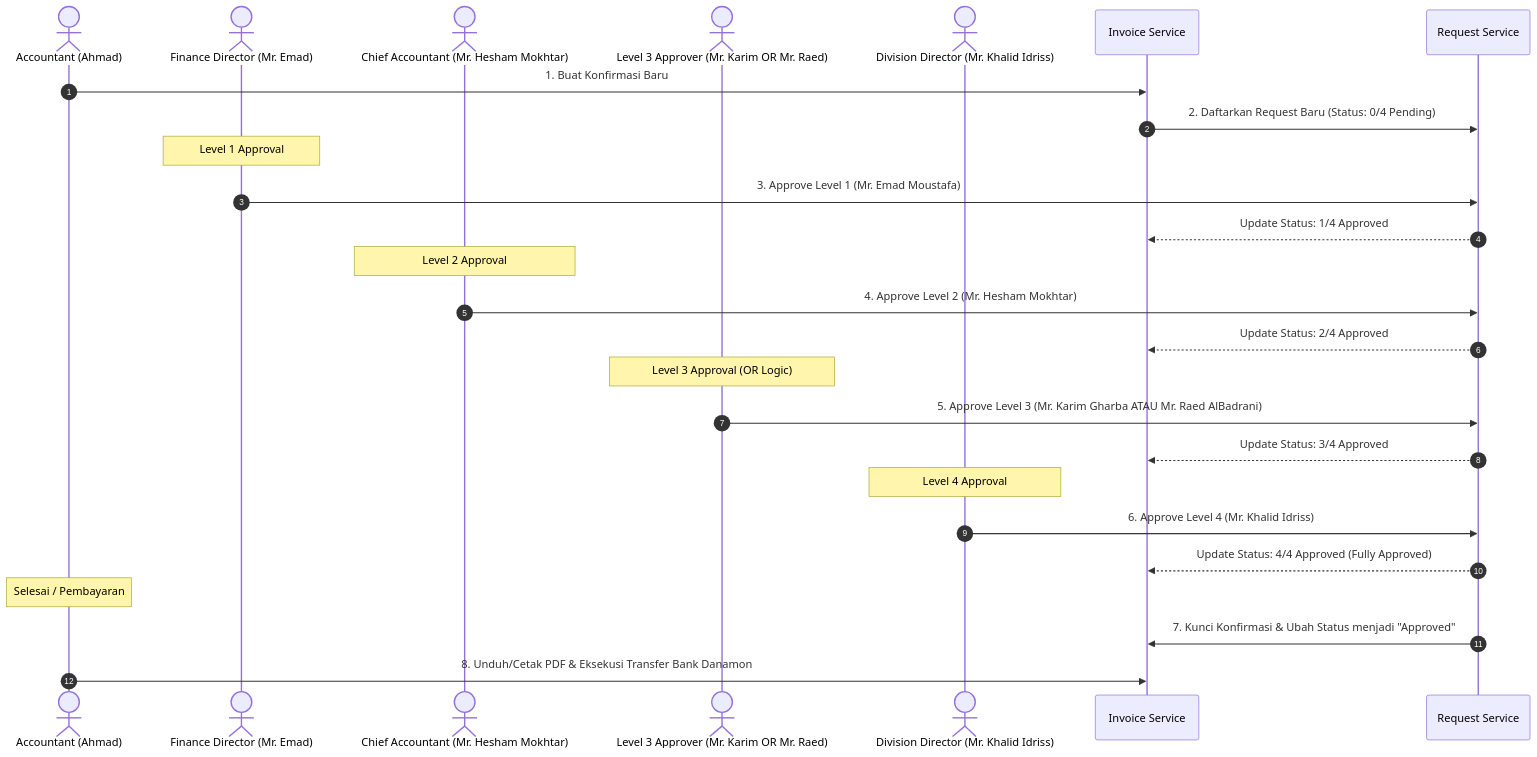
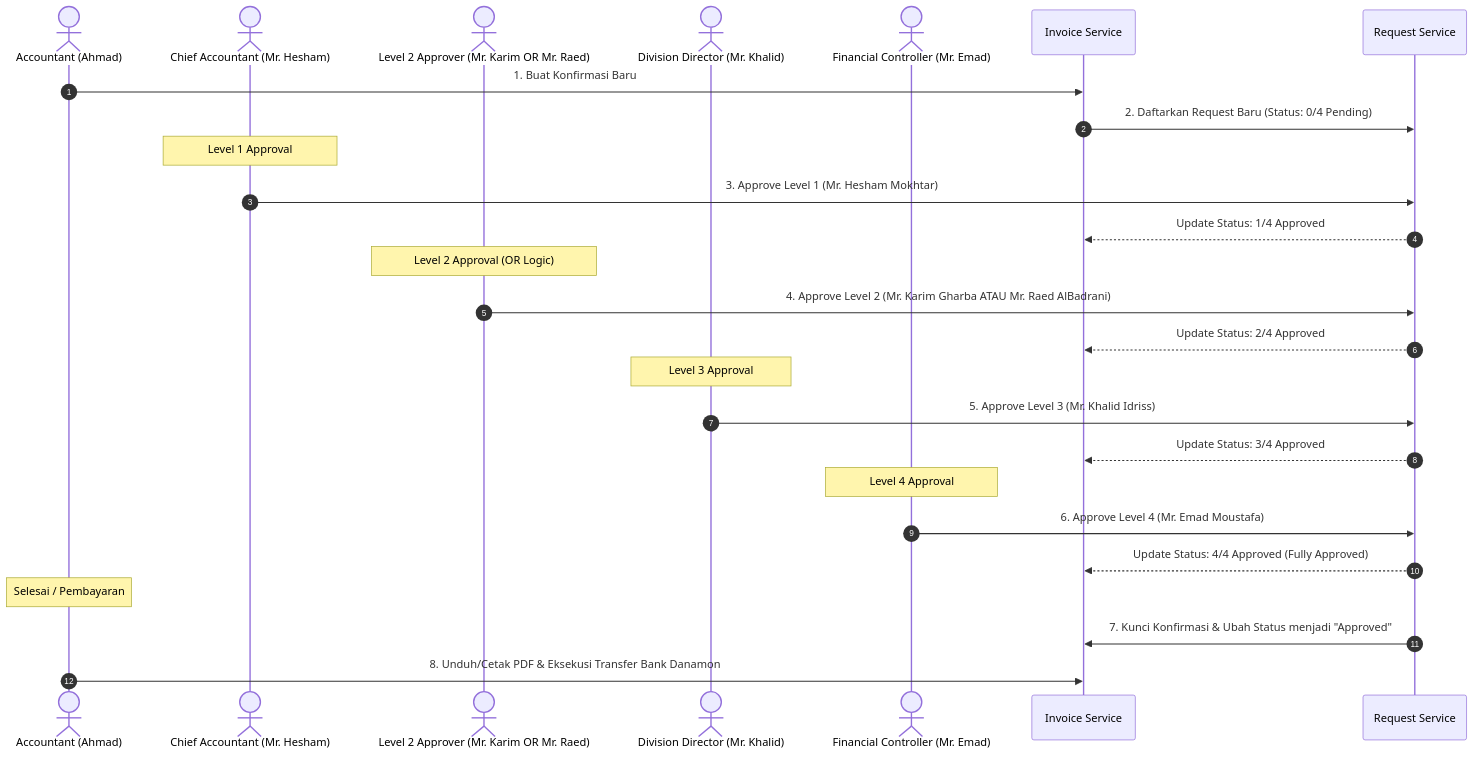
One commit to dimasalvarizk/finance-system changed the second of 2 diagrams in README.md. Above: the diagram before and after it, drawn with Mermaid. The commit also changed other lines of this file and 35 other files, not shown here.

Commit message:
feat: implement hotel reservation service, hb management, and fix level 3 approval bug

````diff
--- a/README.md
+++ b/README.md
@@ -104,32 +105,32 @@
 ```mermaid
 sequenceDiagram
     autonumber
     actor Accountant as Accountant (Ahmad)
-    actor FD as Finance Director (Mr. Emad)
-    actor CA as Chief Accountant (Mr. Hesham Mokhtar)
-    actor L3 as Level 3 Approver (Mr. Karim OR Mr. Raed)
-    actor DD as Division Director (Mr. Khalid Idriss)
+    actor CA as Chief Accountant (Mr. Hesham)
+    actor L2 as Level 2 Approver (Mr. Karim OR Mr. Raed)
+    actor DD as Division Director (Mr. Khalid)
+    actor FC as Financial Controller (Mr. Emad)
 
     Accountant->>Invoice Service: 1. Buat Konfirmasi Baru
     Invoice Service->>Request Service: 2. Daftarkan Request Baru (Status: 0/4 Pending)
     
-    Note over FD: Level 1 Approval
-    FD->>Request Service: 3. Approve Level 1 (Mr. Emad Moustafa)
+    Note over CA: Level 1 Approval
+    CA->>Request Service: 3. Approve Level 1 (Mr. Hesham Mokhtar)
     Request Service-->>Invoice Service: Update Status: 1/4 Approved
 
-    Note over CA: Level 2 Approval
-    CA->>Request Service: 4. Approve Level 2 (Mr. Hesham Mokhtar)
+    Note over L2: Level 2 Approval (OR Logic)
+    L2->>Request Service: 4. Approve Level 2 (Mr. Karim Gharba ATAU Mr. Raed AlBadrani)
     Request Service-->>Invoice Service: Update Status: 2/4 Approved
 
-    Note over L3: Level 3 Approval (OR Logic)
-    L3->>Request Service: 5. Approve Level 3 (Mr. Karim Gharba ATAU Mr. Raed AlBadrani)
+    Note over DD: Level 3 Approval
+    DD->>Request Service: 5. Approve Level 3 (Mr. Khalid Idriss)
     Request Service-->>Invoice Service: Update Status: 3/4 Approved
 
-    Note over DD: Level 4 Approval
-    DD->>Request Service: 6. Approve Level 4 (Mr. Khalid Idriss)
+    Note over FC: Level 4 Approval
+    FC->>Request Service: 6. Approve Level 4 (Mr. Emad Moustafa)
     Request Service-->>Invoice Service: Update Status: 4/4 Approved (Fully Approved)
     
     Note over Accountant: Selesai / Pembayaran
     Request Service->>Invoice Service: 7. Kunci Konfirmasi & Ubah Status menjadi "Approved"
     Accountant->>Invoice Service: 8. Unduh/Cetak PDF & Eksekusi Transfer Bank Danamon
 ```
````
